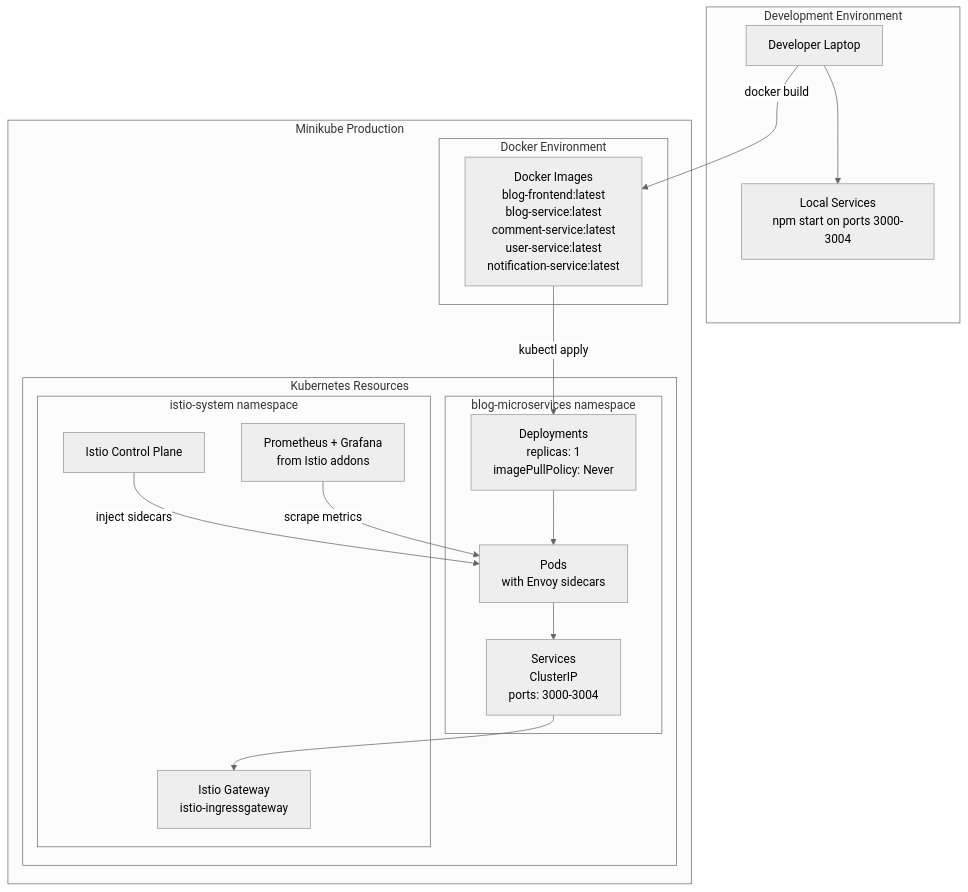
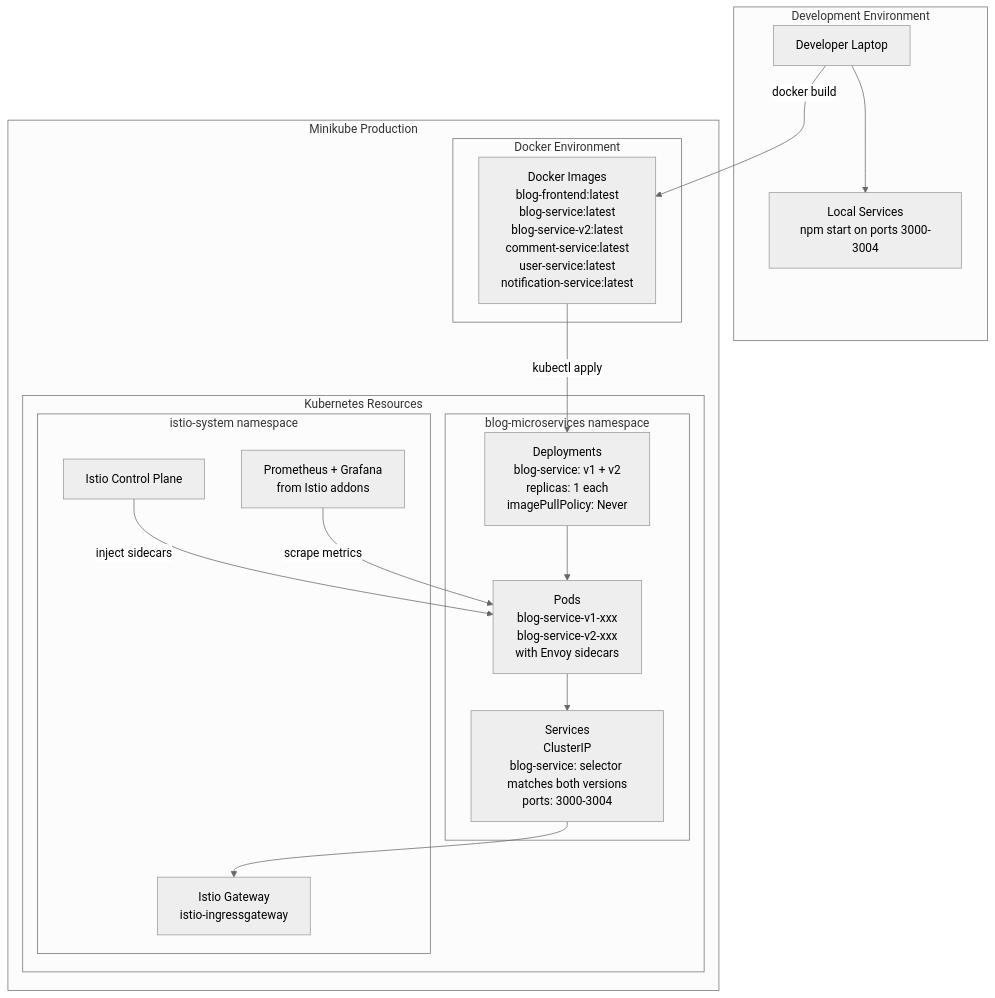
The ninth of 14 diagrams in docs/architecture-diagrams.md (vvt911/blog-microservices), drawn with Mermaid (neutral theme) before and after one commit. The commit also changed other lines of this file, not shown here.

````diff
--- a/docs/architecture-diagrams.md
+++ b/docs/architecture-diagrams.md
@@ -189,37 +335,37 @@
 ```mermaid
 graph TB
     subgraph "Development Environment"
         DevLaptop[Developer Laptop]
         LocalServices[Local Services<br/>npm start on ports 3000-3004]
     end
     
     subgraph "Minikube Production"
         subgraph "Docker Environment"
-            DockerImages[Docker Images<br/>blog-frontend:latest<br/>blog-service:latest<br/>comment-service:latest<br/>user-service:latest<br/>notification-service:latest]
+            DockerImages[Docker Images<br/>blog-frontend:latest<br/>blog-service:latest<br/>blog-service-v2:latest<br/>comment-service:latest<br/>user-service:latest<br/>notification-service:latest]
         end
         
         subgraph "Kubernetes Resources"
             subgraph "blog-microservices namespace"
-                Deployments[Deployments<br/>replicas: 1<br/>imagePullPolicy: Never]
-                Services[Services<br/>ClusterIP<br/>ports: 3000-3004]
-                Pods[Pods<br/>with Envoy sidecars]
+                Deployments[Deployments<br/>blog-service: v1 + v2<br/>replicas: 1 each<br/>imagePullPolicy: Never]
+                Services[Services<br/>ClusterIP<br/>blog-service: selector matches both versions<br/>ports: 3000-3004]
+                Pods[Pods<br/>blog-service-v1-xxx<br/>blog-service-v2-xxx<br/>with Envoy sidecars]
             end
             
             subgraph "istio-system namespace"
                 IstioGateway[Istio Gateway<br/>istio-ingressgateway]
                 IstioControl[Istio Control Plane]
                 MonitoringPods[Prometheus + Grafana<br/>from Istio addons]
             end
         end
     end
     
     DevLaptop --> LocalServices
     DevLaptop --> |docker build| DockerImages
     DockerImages --> |kubectl apply| Deployments
     Deployments --> Pods
     Pods --> Services
     Services --> IstioGateway
     
     IstioControl --> |inject sidecars| Pods
     MonitoringPods --> |scrape metrics| Pods
 ```
````
